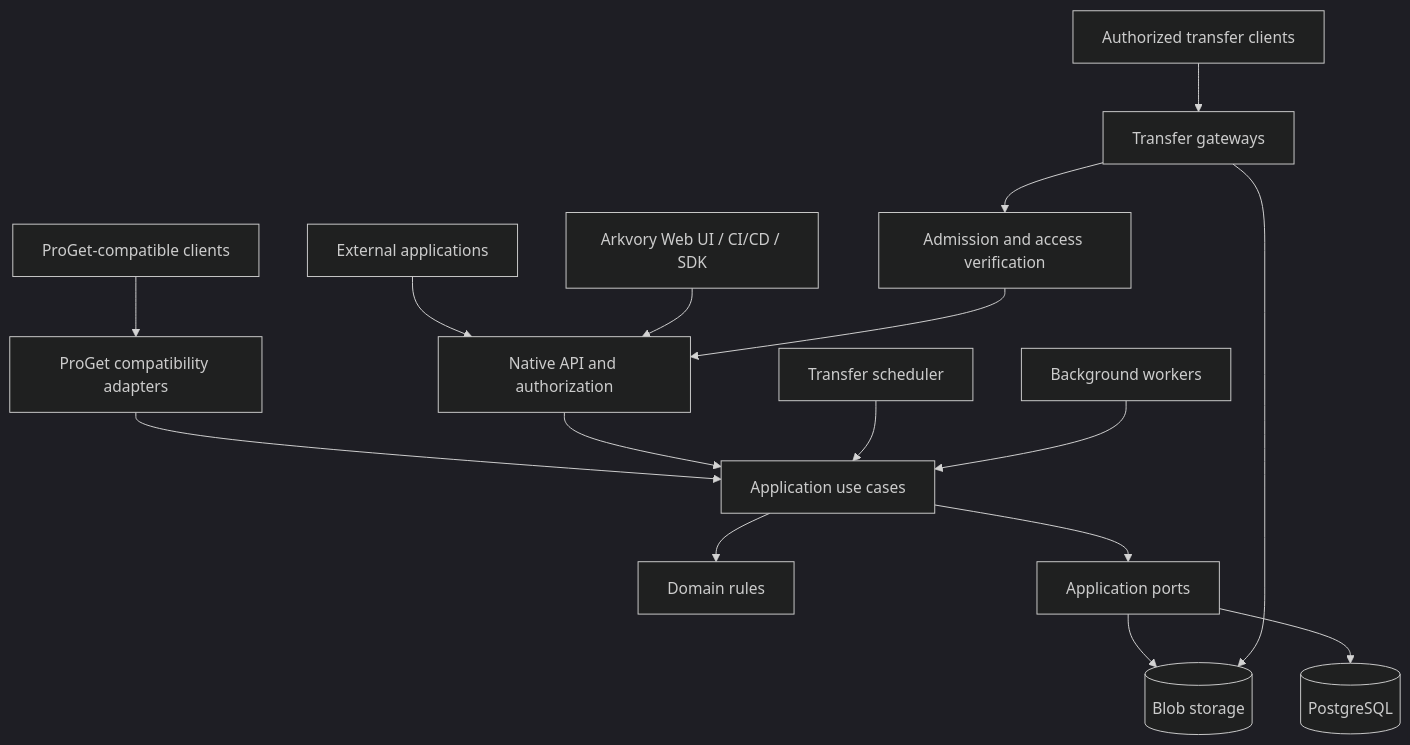
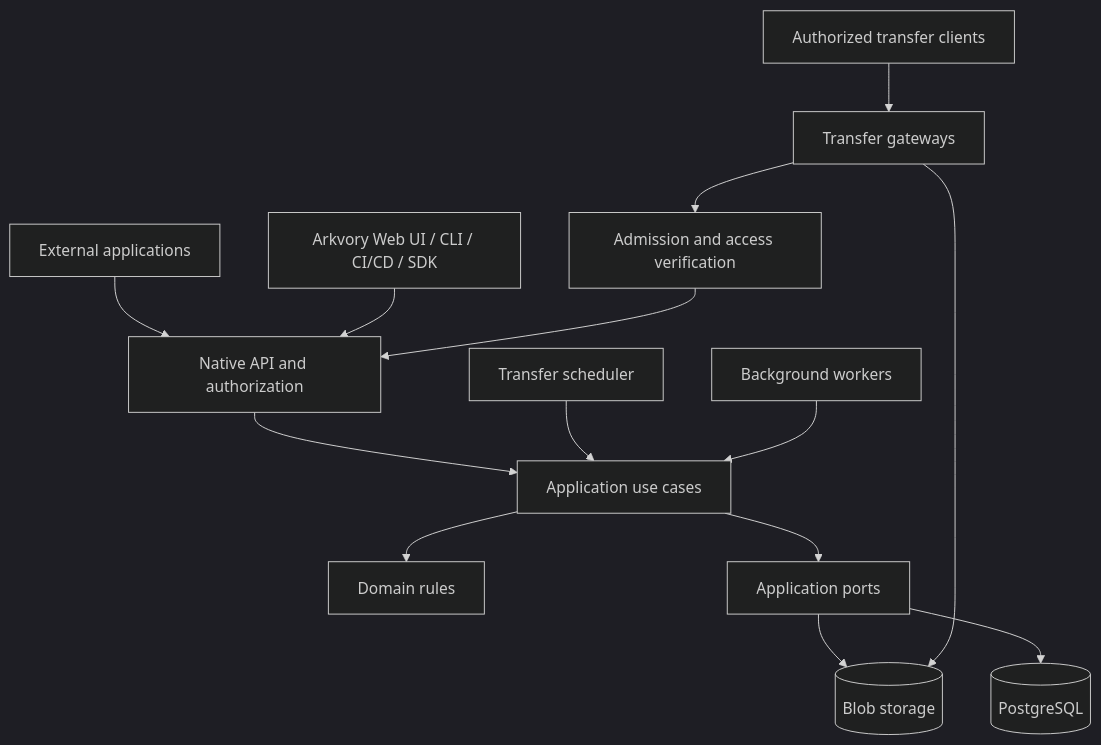
One commit to ProAnima/Arkvory changed the diagram in README.md. Above: the diagram before and after it, drawn with Mermaid (dark theme). The commit also changed other lines of this file and 95 other files, not shown here.

````diff
--- a/README.md
+++ b/README.md
@@ -103,18 +104,16 @@
 ```mermaid
 flowchart TD
     EXT[External applications] --> API[Native API and authorization]
-    UI[Arkvory Web UI / CI/CD / SDK] --> API
-    LEGACY[ProGet-compatible clients] --> COMPAT[ProGet compatibility adapters]
-    COMPAT --> APP[Application use cases]
-    API --> APP
+    UI[Arkvory Web UI / CLI / CI/CD / SDK] --> API
+    API --> APP[Application use cases]
     APP --> DOMAIN[Domain rules]
     APP --> PORTS[Application ports]
     PORTS --> DB[(PostgreSQL)]
     PORTS --> BLOBS[(Blob storage)]
     SCHED[Transfer scheduler] --> APP
     WORKER[Background workers] --> APP
     CLIENT[Authorized transfer clients] --> GATEWAY[Transfer gateways]
     GATEWAY --> BLOBS
     GATEWAY --> AUTH[Admission and access verification]
     AUTH --> API
 ```
````
